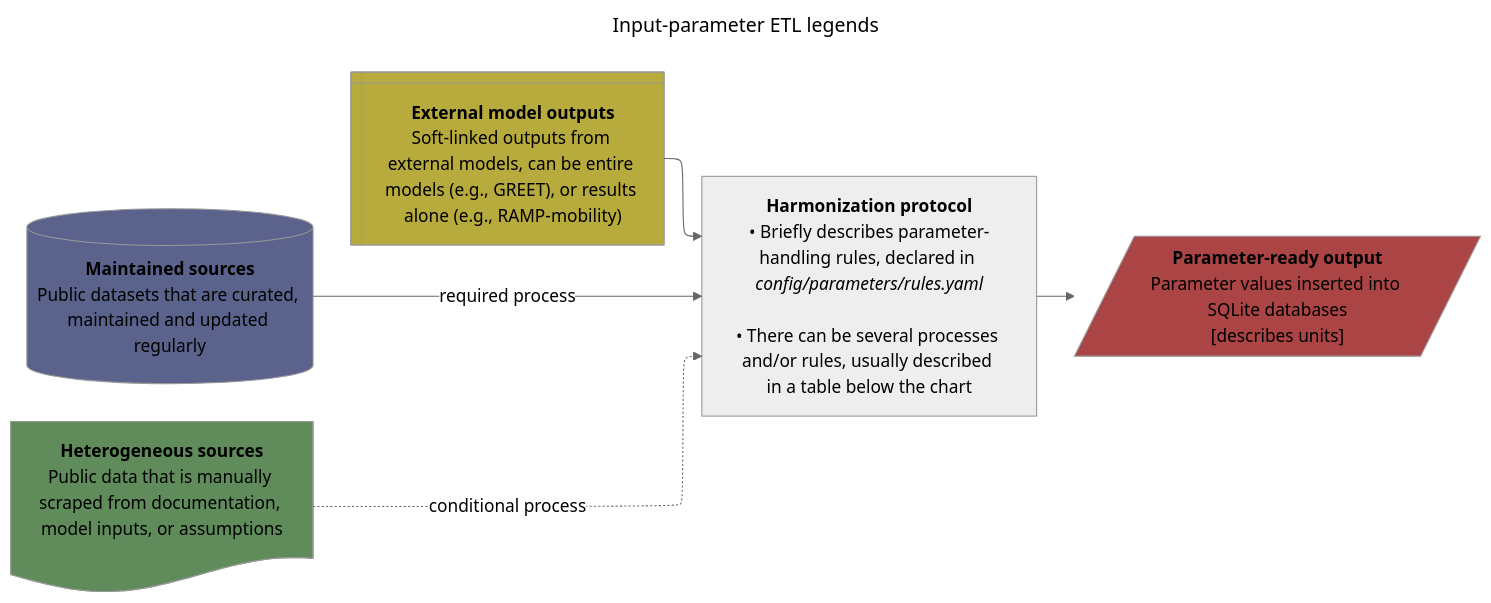
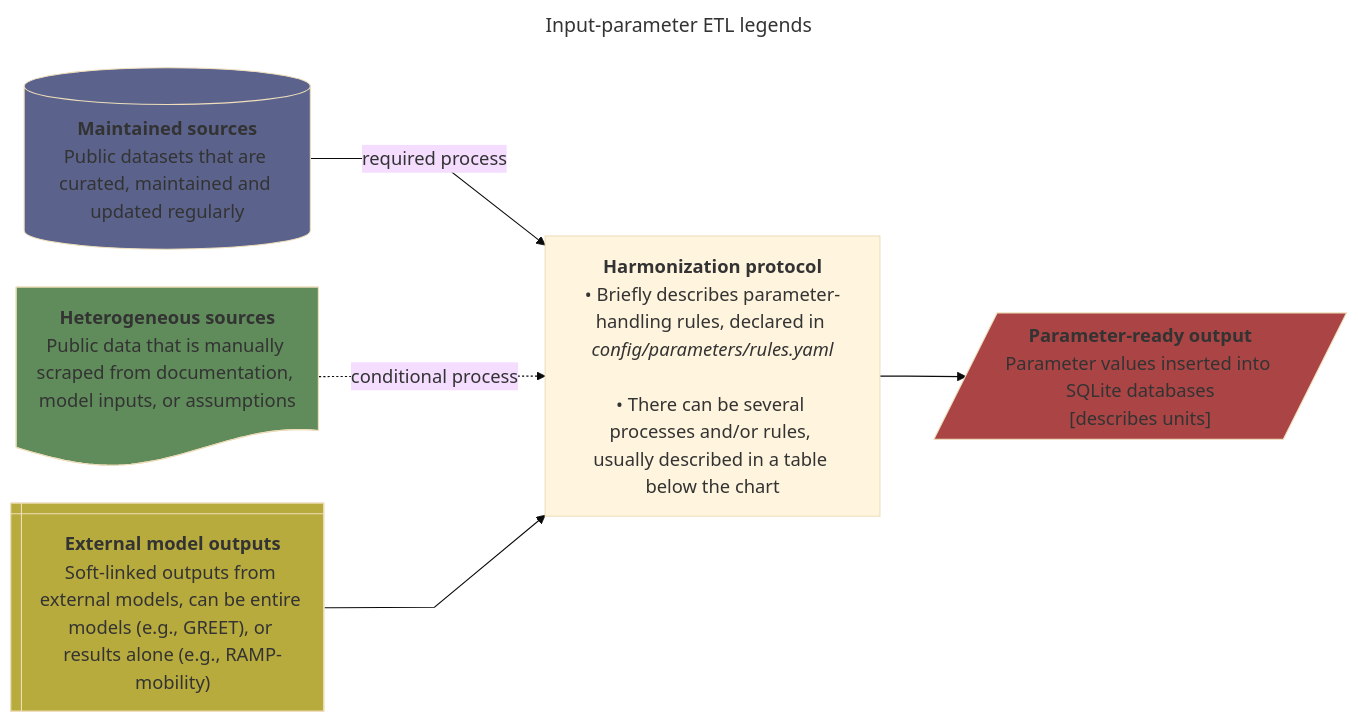
The second of 9 diagrams in README.md (CANOE-main/canoe-transportation), drawn with Mermaid before and after one commit. The commit also changed other lines of this file and 11 other files, not shown here.

Commit message:
# Updated README.md - adapted rendering of mermaid flowcharts to align with Github environment - implemented a workflow friction reduction pass

````diff
--- a/README.md
+++ b/README.md
@@ -37,40 +158,40 @@
 ```mermaid
 ---
 title: Input-parameter ETL legends
 config:
-  layout: elk
-  theme: neutral
+  layout: dagre
+  theme: base
   themeVariables:
-    fontSize: 16px
+    fontSize: 17px
   flowchart:
     nodeSpacing: 35
     rankSpacing: 50
     wrappingWidth: 250
-    curve: basis
+    curve: linear
 ---
 flowchart LR
   %% --- Sources ---
   s0[("`**Maintained sources**<br>Public datasets that are curated, maintained and updated regularly`")]
   s1@{shape: doc, label: "**Heterogeneous sources**<br>Public data that is manually scraped from documentation, model inputs, or assumptions"}
   s2@{shape: win-pane, label: "**External model outputs**<br>Soft-linked outputs from external models, can be entire models (e.g., GREET), or results alone (e.g., RAMP-mobility)" }
 
   %% --- Processes ---
   p1["`**Harmonization protocol**<br>• Briefly describes parameter-handling rules, declared in *config/parameters/rules.yaml*<br><br>• There can be several processes and/or rules, usually described in a table below the chart`"]
 
   s0 -- required process --> p1
   s1 -. conditional process .-> p1
-  s2 ---> p1 
+  s2 --> p1 
 
-  p1 ---> o1[/"`**Parameter-ready output**<br>Parameter values inserted into SQLite databases<br>[describes units]`"/]
+  p1 --> o1[/"`**Parameter-ready output**<br>Parameter values inserted into SQLite databases<br>[describes units]`"/]
 
   %% --- Styling ---
   classDef database fill:#5b638c
   classDef doc fill:#608c5b
   classDef model fill:#b8ab3d
   classDef output fill:#ab4444
 
   class s0 database
   class s1 doc
   class s2 model
   class o1 output
 ```
````
